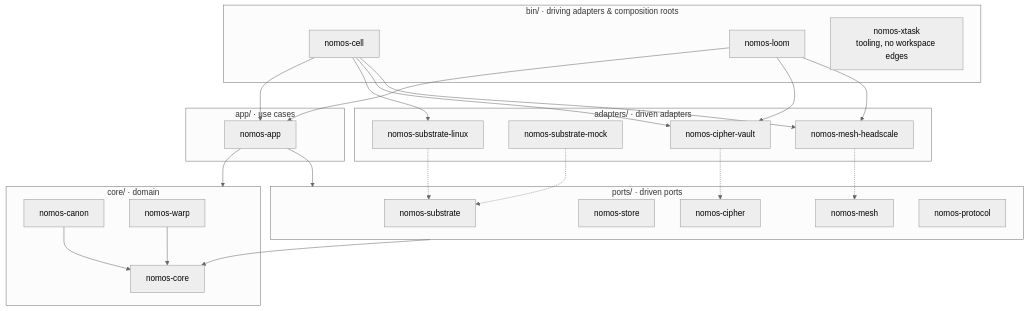
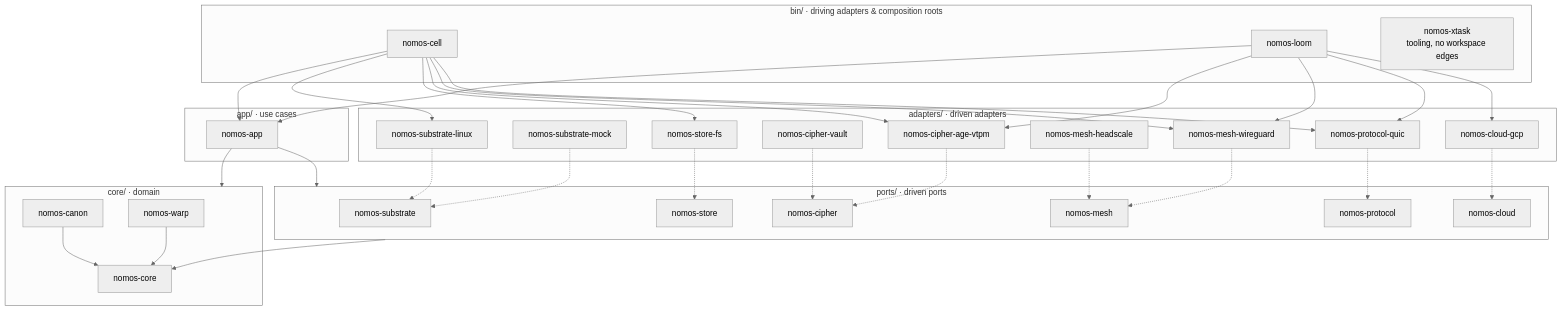
Before and after one commit to kmosoti/Nomos: the diagram in docs/architecture/hexagon.md, drawn with Mermaid (neutral theme). The commit also changed other lines of this file and 3 other files, not shown here.

First line of the commit message:
Add ADR 0021 and update spec/hexagon for cloud, governor, and headless Loom

````diff
--- a/docs/architecture/hexagon.md
+++ b/docs/architecture/hexagon.md
@@ -5,40 +5,49 @@
 ```mermaid
 flowchart TB
     subgraph bin["bin/ · driving adapters &amp; composition roots"]
         cell["nomos-cell"]
         loom["nomos-loom"]
         xtask["nomos-xtask<br/>tooling, no workspace edges"]
     end
     subgraph app["app/ · use cases"]
         napp["nomos-app"]
     end
     subgraph core["core/ · domain"]
         ncore["nomos-core"]
         canon["nomos-canon"]
         warp["nomos-warp"]
     end
     subgraph ports["ports/ · driven ports"]
         psub["nomos-substrate"]
         pstore["nomos-store"]
         pcip["nomos-cipher"]
         pmesh["nomos-mesh"]
         pproto["nomos-protocol"]
+        pcloud["nomos-cloud"]
     end
     subgraph adapters["adapters/ · driven adapters"]
         alinux["nomos-substrate-linux"]
         amock["nomos-substrate-mock"]
+        astorfs["nomos-store-fs"]
         avault["nomos-cipher-vault"]
+        aage["nomos-cipher-age-vtpm"]
         ahs["nomos-mesh-headscale"]
+        awg["nomos-mesh-wireguard"]
+        aquic["nomos-protocol-quic"]
+        agcp["nomos-cloud-gcp"]
     end
 
     cell & loom --> napp
     napp --> core
     napp --> ports
     ports --> ncore
     canon & warp --> ncore
     alinux & amock -.-> psub
-    avault -.-> pcip
-    ahs -.-> pmesh
-    cell --> alinux & avault & ahs
-    loom --> avault & ahs
+    astorfs -.-> pstore
+    avault & aage -.-> pcip
+    ahs & awg -.-> pmesh
+    aquic -.-> pproto
+    agcp -.-> pcloud
+    cell --> alinux & astorfs & aage & awg & aquic
+    loom --> aage & awg & aquic & agcp
 ```
````
